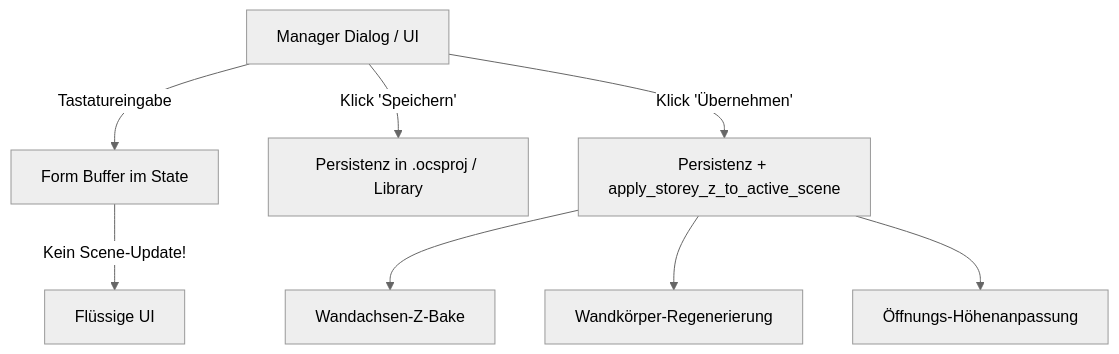
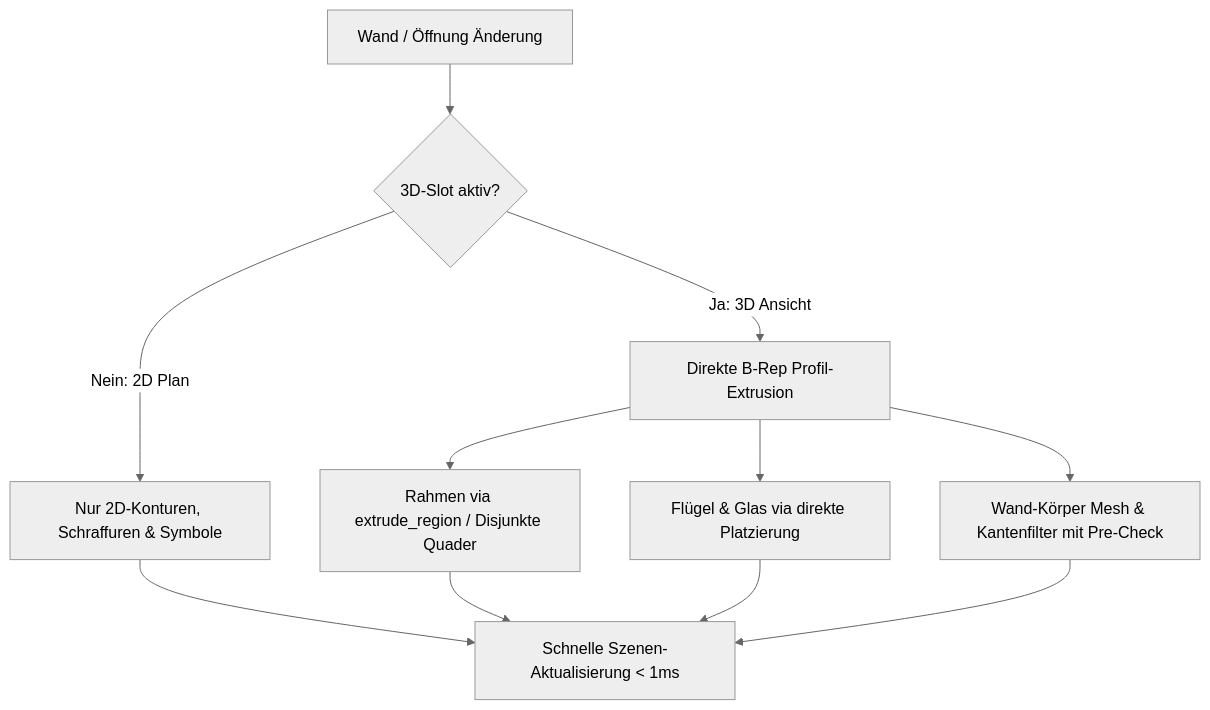
One commit to thkuhn/OpenCADStudio changed the diagram in .junie/plans/continue-manager-and-height-levels.md. Above: the diagram before and after it, drawn with Mermaid (neutral theme). The commit also changed other lines of this file and 9 other files, not shown here.

````diff
--- a/.junie/plans/continue-manager-and-height-levels.md
+++ b/.junie/plans/continue-manager-and-height-levels.md
@@ -67,10 +86,13 @@
 ```mermaid
 graph TD
-    A[Manager Dialog / UI] -->|Tastatureingabe| B[Form Buffer im State]
-    B -->|Kein Scene-Update!| C[Flüssige UI]
-    A -->|Klick 'Speichern'| D[Persistenz in .ocsproj / Library]
-    A -->|Klick 'Übernehmen'| E[Persistenz + apply_storey_z_to_active_scene]
-    E --> F[Wandachsen-Z-Bake]
-    E --> G[Wandkörper-Regenerierung]
-    E --> H[Öffnungs-Höhenanpassung]
+    A[Wand / Öffnung Änderung] --> B{3D-Slot aktiv?}
+    B -->|Nein: 2D Plan| C[Nur 2D-Konturen, Schraffuren & Symbole]
+    B -->|Ja: 3D Ansicht| D[Direkte B-Rep Profil-Extrusion]
+    D --> E[Rahmen via extrude_region / Disjunkte Quader]
+    D --> F[Flügel & Glas via direkte Platzierung]
+    D --> G[Wand-Körper Mesh & Kantenfilter mit Pre-Check]
+    C --> H[Schnelle Szenen-Aktualisierung < 1ms]
+    E --> H
+    F --> H
+    G --> H
 ```
````
